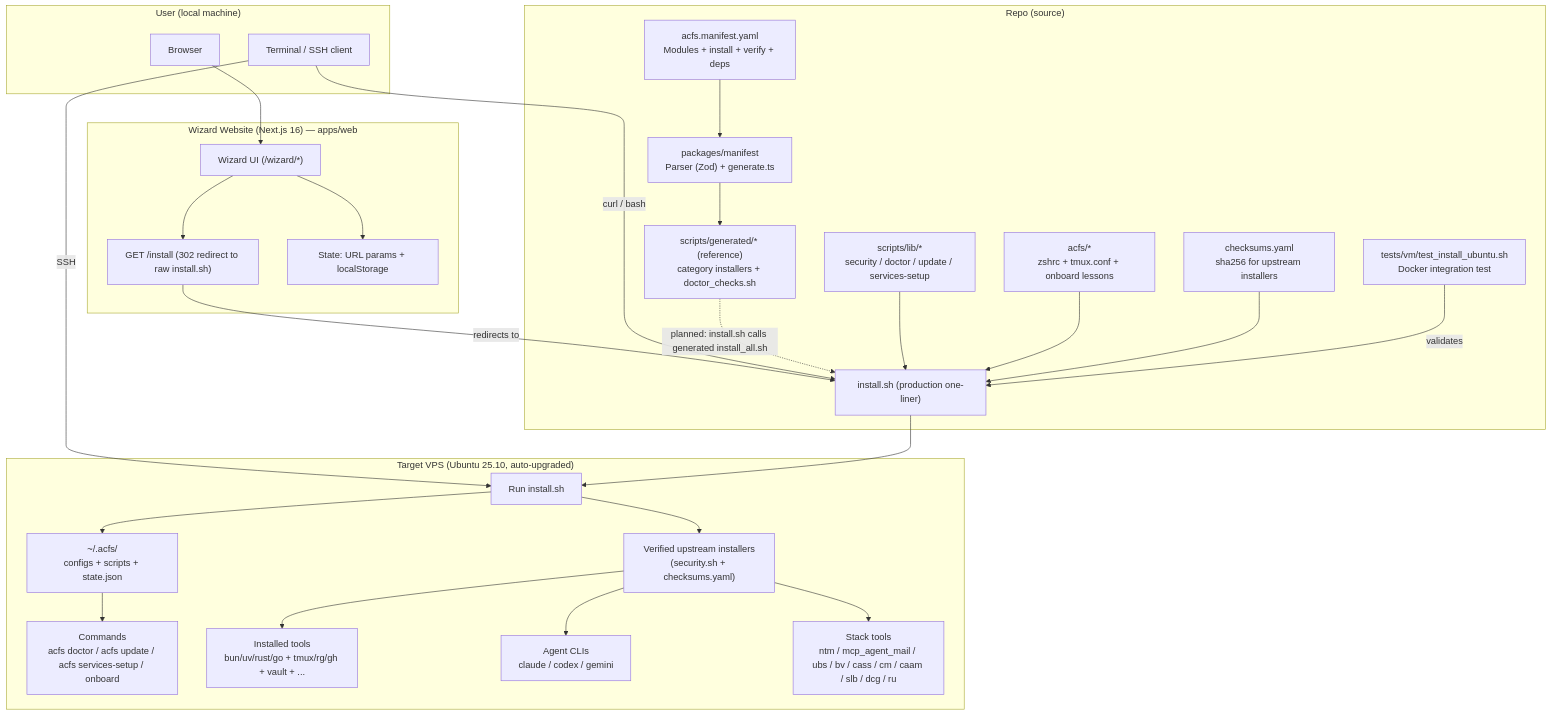
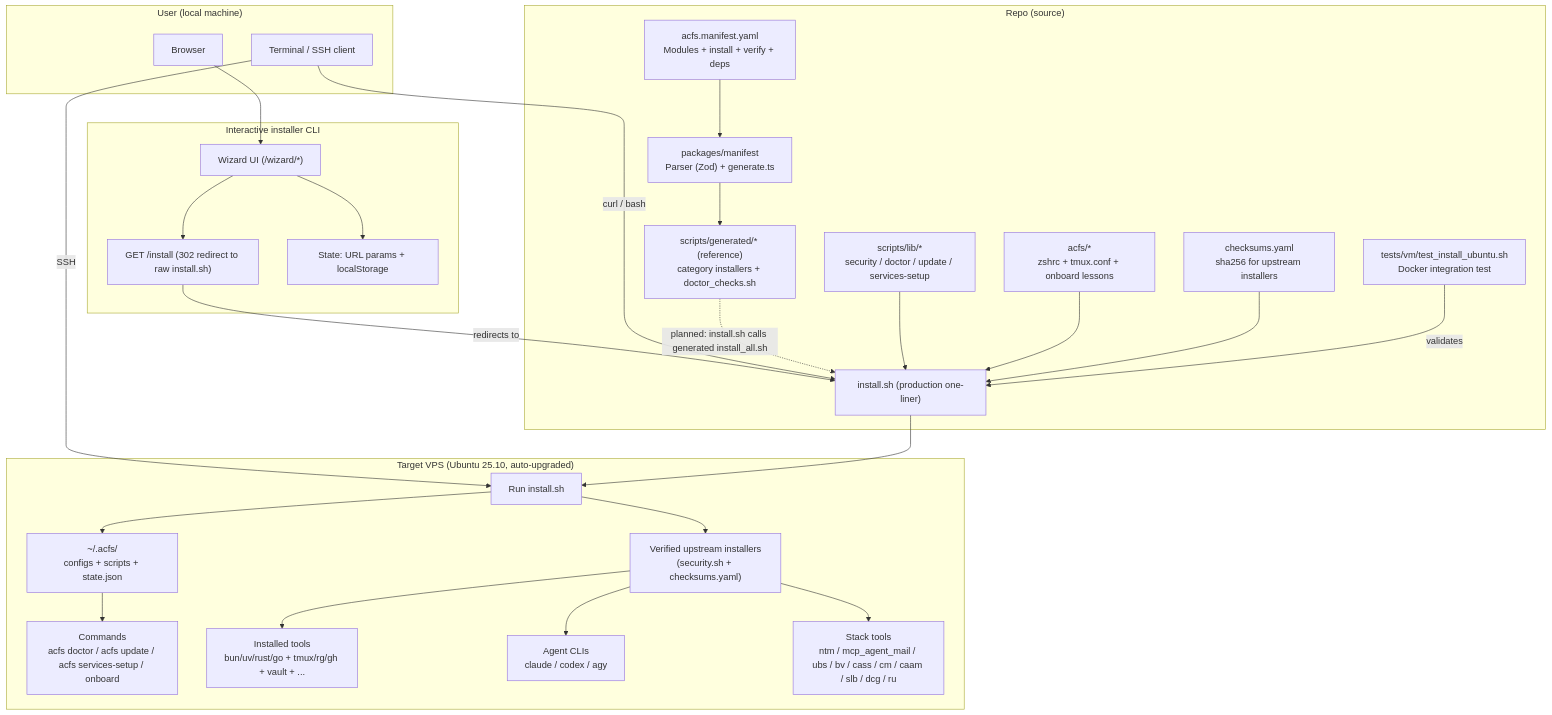
One commit to quangdang46/agents_environment_setup changed the second of 3 diagrams in README.md. Above: the diagram before and after it, drawn with Mermaid. The commit also changed other lines of this file and 141 other files, not shown here.

````diff
--- a/README.md
+++ b/README.md
@@ -141,65 +131,65 @@
 ```mermaid
 flowchart TB
   %% User and website
   subgraph U["User (local machine)"]
     Browser["Browser"]
     Terminal["Terminal / SSH client"]
   end
 
-  subgraph W["Wizard Website (Next.js 16) — apps/web"]
+  subgraph W["Interactive installer CLI"]
     Wizard["Wizard UI (/wizard/*)"]
     InstallRoute["GET /install (302 redirect to raw install.sh)"]
     WebState["State: URL params + localStorage"]
   end
 
   %% Repo sources
   subgraph R["Repo (source)"]
     Manifest["acfs.manifest.yaml<br/>Modules + install + verify + deps"]
     Generator["packages/manifest<br/>Parser (Zod) + generate.ts"]
     Generated["scripts/generated/* (reference)<br/>category installers + doctor_checks.sh"]
     Installer["install.sh (production one-liner)"]
     Lib["scripts/lib/*<br/>security / doctor / update / services-setup"]
     Configs["acfs/*<br/>zshrc + tmux.conf + onboard lessons"]
     Checksums["checksums.yaml<br/>sha256 for upstream installers"]
     Tests["tests/vm/test_install_ubuntu.sh<br/>Docker integration test"]
   end
 
   %% Target VPS
   subgraph V["Target VPS (Ubuntu 25.10, auto-upgraded)"]
     Run["Run install.sh"]
     Verify["Verified upstream installers<br/>(security.sh + checksums.yaml)"]
     AcfsHome["~/.acfs/<br/>configs + scripts + state.json"]
     Commands["Commands<br/>acfs doctor / acfs update / acfs services-setup / onboard"]
     Tools["Installed tools<br/>bun/uv/rust/go + tmux/rg/gh + vault + ..."]
-    Agents["Agent CLIs<br/>claude / codex / gemini"]
+    Agents["Agent CLIs<br/>claude / codex / agy"]
     Stack["Stack tools<br/>ntm / mcp_agent_mail / ubs / bv / cass / cm / caam / slb / dcg / ru"]
   end
 
   %% Website guidance flow
   Browser --> Wizard
   Wizard --> WebState
   Wizard --> InstallRoute
   InstallRoute -->|redirects to| Installer
 
   %% How users fetch/run the installer
   Terminal -->|curl / bash| Installer
   Terminal -->|SSH| Run
 
   %% Manifest-driven generation (reference today)
   Manifest --> Generator --> Generated
   Generated -.->|planned: install.sh calls generated install_all.sh| Installer
 
   %% Installer composition
   Lib --> Installer
   Configs --> Installer
   Checksums --> Installer
   Tests -->|validates| Installer
 
   %% VPS install results
   Installer --> Run
   Run --> Verify
   Verify --> Tools
   Verify --> Agents
   Verify --> Stack
   Run --> AcfsHome --> Commands
 ```
````
